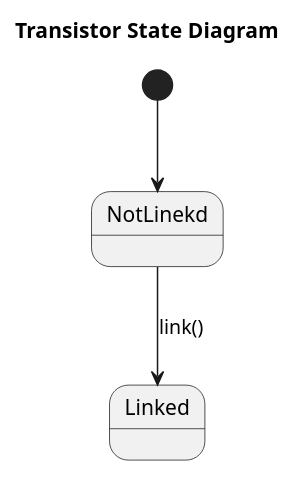
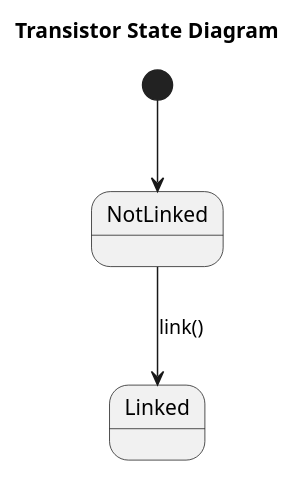
One commit to sn4k3ch4rm3r/logarlec changed the diagram in docs/diagrams/state/transistor-state.puml. Above: the diagram before and after it, drawn with PlantUML.

Commit message:
fixed typo in transistor-state.puml

```diff
--- a/docs/diagrams/state/transistor-state.puml
+++ b/docs/diagrams/state/transistor-state.puml
@@ -1,7 +1,7 @@
 @startuml transistor
 title Transistor State Diagram
 
-[*] --> NotLinekd
-NotLinekd --> Linked : link()
+[*] --> NotLinked
+NotLinked --> Linked : link()
 
 @enduml
```
